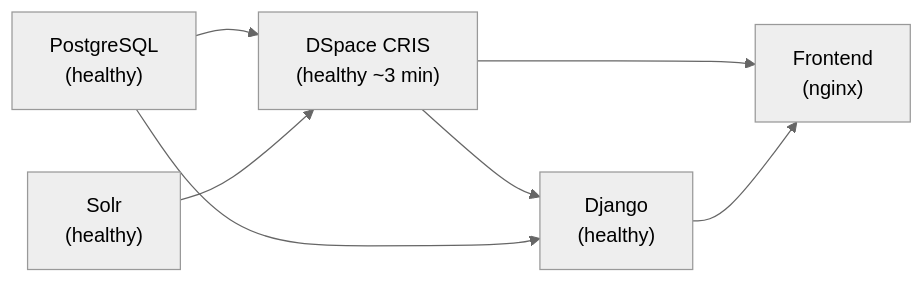
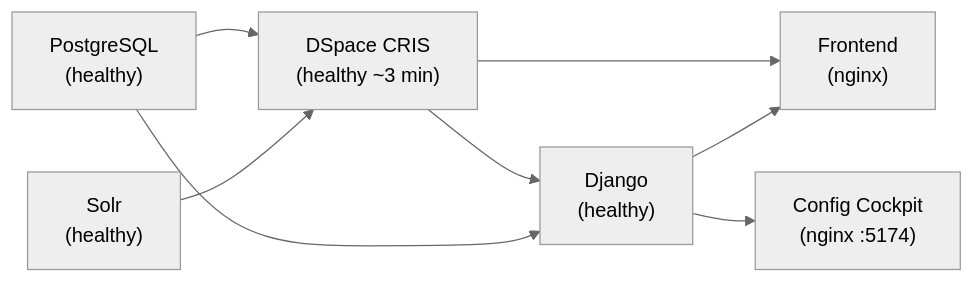
One commit to sszepe/dspace-cris-cockpit-docu changed the diagram in dev/quickstart.md. Above: the diagram before and after it, drawn with Mermaid (neutral theme). The commit also changed other lines of this file and 4 other files, not shown here.

````diff
--- a/dev/quickstart.md
+++ b/dev/quickstart.md
@@ -148,15 +170,17 @@
 ```mermaid
 graph LR
     PG["PostgreSQL\n(healthy)"]
     Solr["Solr\n(healthy)"]
     DS["DSpace CRIS\n(healthy ~3 min)"]
     DJ["Django\n(healthy)"]
     FE["Frontend\n(nginx)"]
+    DJF["Config Cockpit\n(nginx :5174)"]
 
     PG --> DS
     Solr --> DS
     DS --> DJ
     PG --> DJ
     DS --> FE
     DJ --> FE
+    DJ --> DJF
 ```
````
